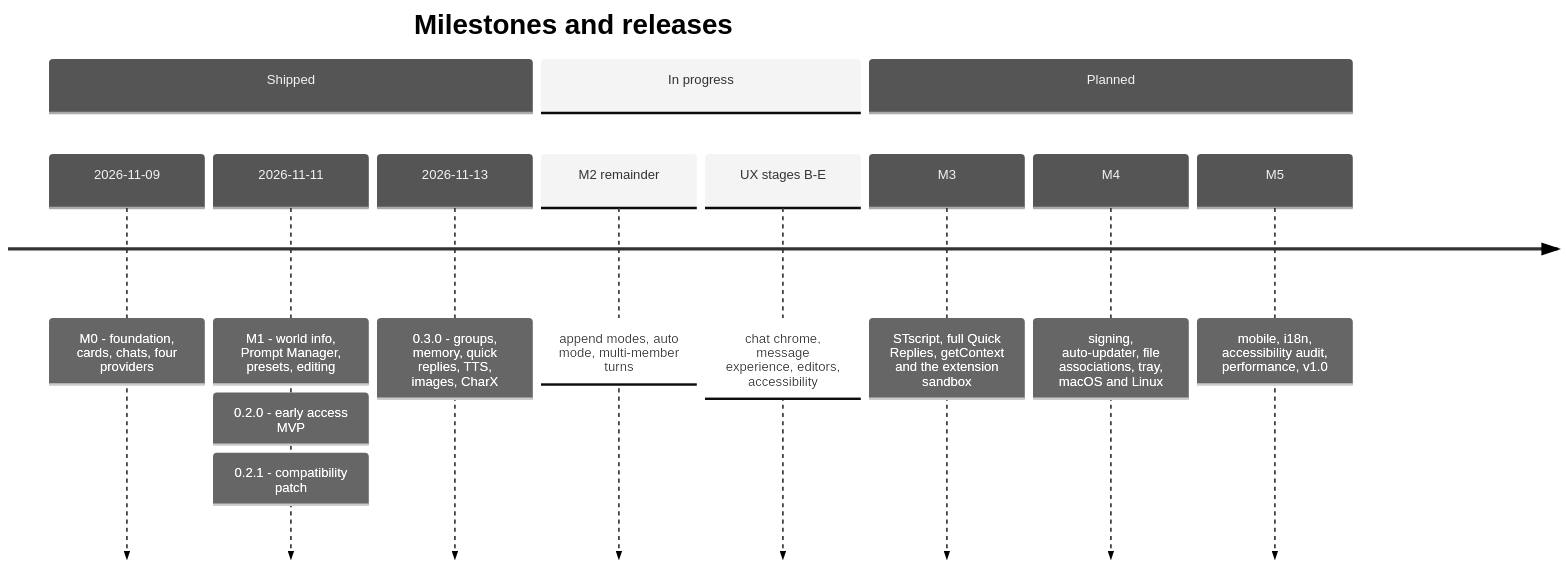
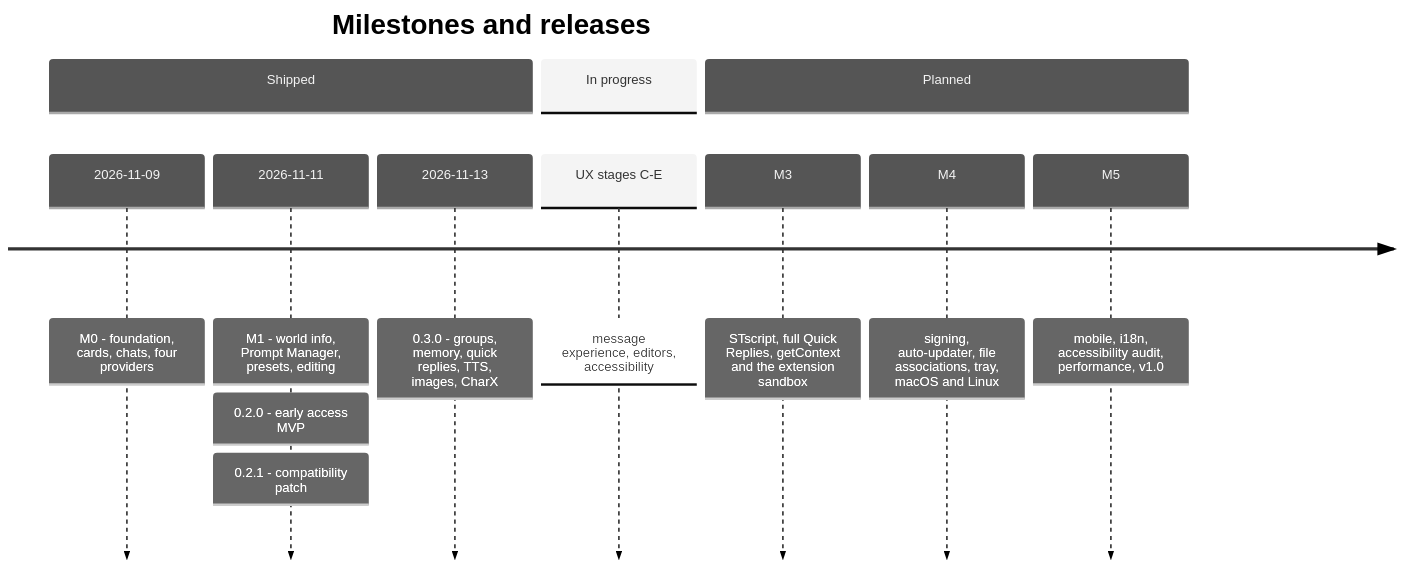
The diagram in docs/MILESTONES.md (BerryUIKI/CatCup-Tavern), drawn with Mermaid (neutral theme) before and after one commit. The commit also changed other lines of this file and 5 other files, not shown here.

First line of the commit message:
docs: record the group card modes, auto mode and impersonation prefill

````diff
--- a/docs/MILESTONES.md
+++ b/docs/MILESTONES.md
@@ -17,17 +17,16 @@
 ```mermaid
 timeline
     title Milestones and releases
     section Shipped
         2026-11-09 : M0 - foundation, cards, chats, four providers
         2026-11-11 : M1 - world info, Prompt Manager, presets, editing
                    : 0.2.0 - early access MVP
                    : 0.2.1 - compatibility patch
         2026-11-13 : 0.3.0 - groups, memory, quick replies, TTS, images, CharX
     section In progress
-        M2 remainder : append modes, auto mode, multi-member turns
-        UX stages B-E : chat chrome, message experience, editors, accessibility
+        UX stages C-E : message experience, editors, accessibility
     section Planned
         M3 : STscript, full Quick Replies, getContext and the extension sandbox
         M4 : signing, auto-updater, file associations, tray, macOS and Linux
         M5 : mobile, i18n, accessibility audit, performance, v1.0
 ```
````
